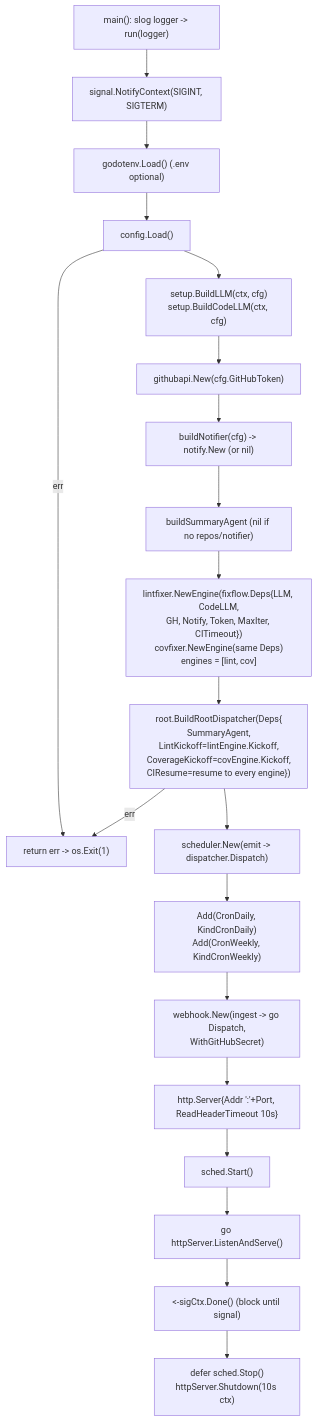
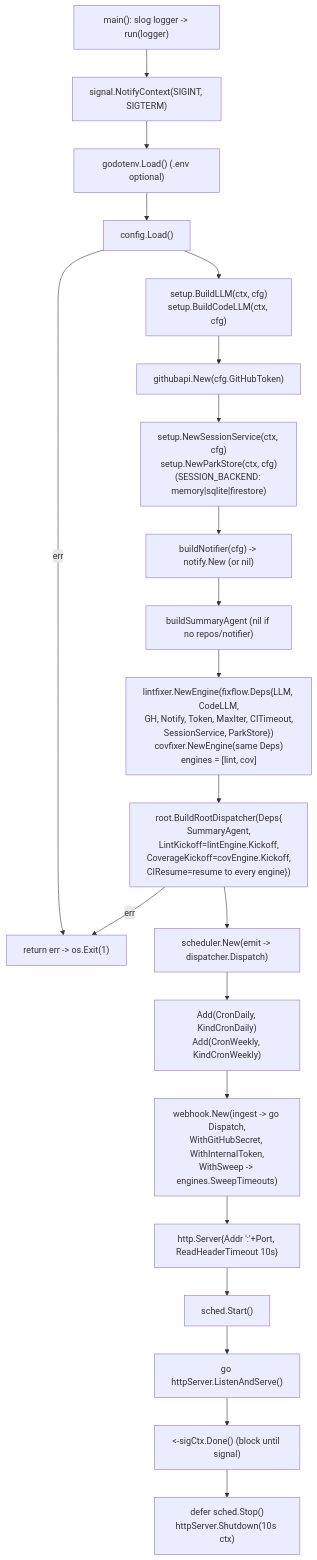
The diagram in go/cmd/agent/AGENTS.md (jkjamies/automation-agent), drawn with Mermaid before and after one commit. The commit also changed other lines of this file and 88 other files, not shown here.

````diff
--- a/go/cmd/agent/AGENTS.md
+++ b/go/cmd/agent/AGENTS.md
@@ -7,24 +7,25 @@
 ```mermaid
 flowchart TD
     Main["main(): slog logger -> run(logger)"] --> Sig["signal.NotifyContext(SIGINT, SIGTERM)"]
     Sig --> Env["godotenv.Load() (.env optional)"]
     Env --> Cfg["config.Load()"]
     Cfg -->|err| Fatal["return err -> os.Exit(1)"]
     Cfg --> LLM["setup.BuildLLM(ctx, cfg)<br/>setup.BuildCodeLLM(ctx, cfg)"]
     LLM --> GH["githubapi.New(cfg.GitHubToken)"]
-    GH --> Notif["buildNotifier(cfg) -> notify.New (or nil)"]
+    GH --> Sess["setup.NewSessionService(ctx, cfg)<br/>setup.NewParkStore(ctx, cfg)<br/>(SESSION_BACKEND: memory|sqlite|firestore)"]
+    Sess --> Notif["buildNotifier(cfg) -> notify.New (or nil)"]
     Notif --> SumA["buildSummaryAgent (nil if no repos/notifier)"]
-    SumA --> Eng["lintfixer.NewEngine(fixflow.Deps{LLM, CodeLLM,<br/>GH, Notify, Token, MaxIter, CITimeout})<br/>covfixer.NewEngine(same Deps)<br/>engines = [lint, cov]"]
+    SumA --> Eng["lintfixer.NewEngine(fixflow.Deps{LLM, CodeLLM,<br/>GH, Notify, Token, MaxIter, CITimeout,<br/>SessionService, ParkStore})<br/>covfixer.NewEngine(same Deps)<br/>engines = [lint, cov]"]
     Eng --> Disp["root.BuildRootDispatcher(Deps{<br/>SummaryAgent,<br/>LintKickoff=lintEngine.Kickoff,<br/>CoverageKickoff=covEngine.Kickoff,<br/>CIResume=resume to every engine})"]
     Disp -->|err| Fatal
 
     Disp --> Sched["scheduler.New(emit -> dispatcher.Dispatch)"]
     Sched --> AddCron["Add(CronDaily, KindCronDaily)<br/>Add(CronWeekly, KindCronWeekly)"]
-    AddCron --> Web["webhook.New(ingest -> go Dispatch,<br/>WithGitHubSecret)"]
+    AddCron --> Web["webhook.New(ingest -> go Dispatch,<br/>WithGitHubSecret, WithInternalToken,<br/>WithSweep -> engines.SweepTimeouts)"]
     Web --> HTTP["http.Server{Addr ':'+Port, ReadHeaderTimeout 10s}"]
 
     HTTP --> Start["sched.Start()"]
     Start --> Listen["go httpServer.ListenAndServe()"]
     Listen --> Block["<-sigCtx.Done() (block until signal)"]
     Block --> Shutdown["defer sched.Stop()<br/>httpServer.Shutdown(10s ctx)"]
 ```
````
